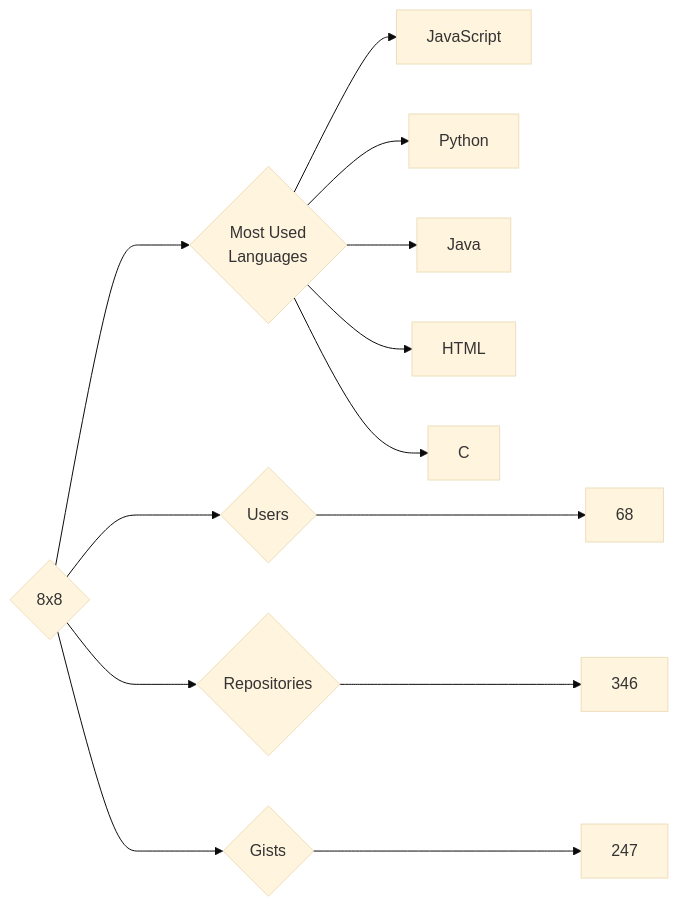
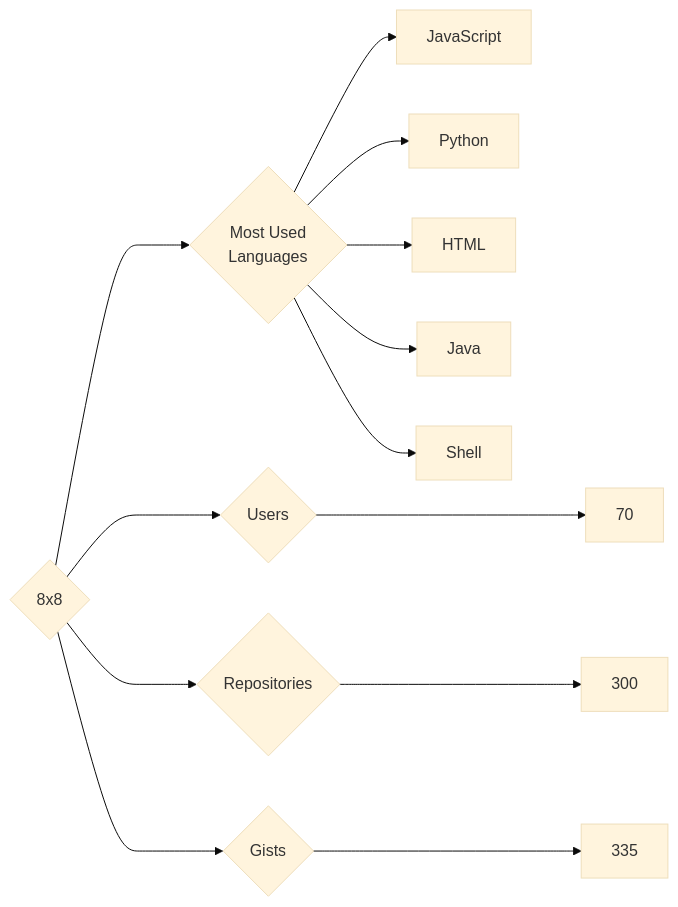
One commit to trickest/insiders changed the diagram in targets/8x8/README.md. Above: the diagram before and after it, drawn with Mermaid (base theme). The commit also changed 891 other files, not shown here.

````diff
--- a/targets/8x8/README.md
+++ b/targets/8x8/README.md
@@ -3,13 +3,13 @@
 ```mermaid
 graph LR
 COMPANY_NAME{8x8}
-COMPANY_NAME ---> U{Users} ---> UN[68]
-COMPANY_NAME ---> R{Repositories} ---> RN[346]
-COMPANY_NAME ---> G{Gists} ---> GN[247]
+COMPANY_NAME ---> U{Users} ---> UN[70]
+COMPANY_NAME ---> R{Repositories} ---> RN[300]
+COMPANY_NAME ---> G{Gists} ---> GN[335]
 COMPANY_NAME ---> ML{Most Used<br>Languages}
 ML --> JavaScript[JavaScript]
 ML --> Python[Python]
+ML --> HTML[HTML]
 ML --> Java[Java]
-ML --> HTML[HTML]
-ML --> C[C]
+ML --> Shell[Shell]
 ```
````
